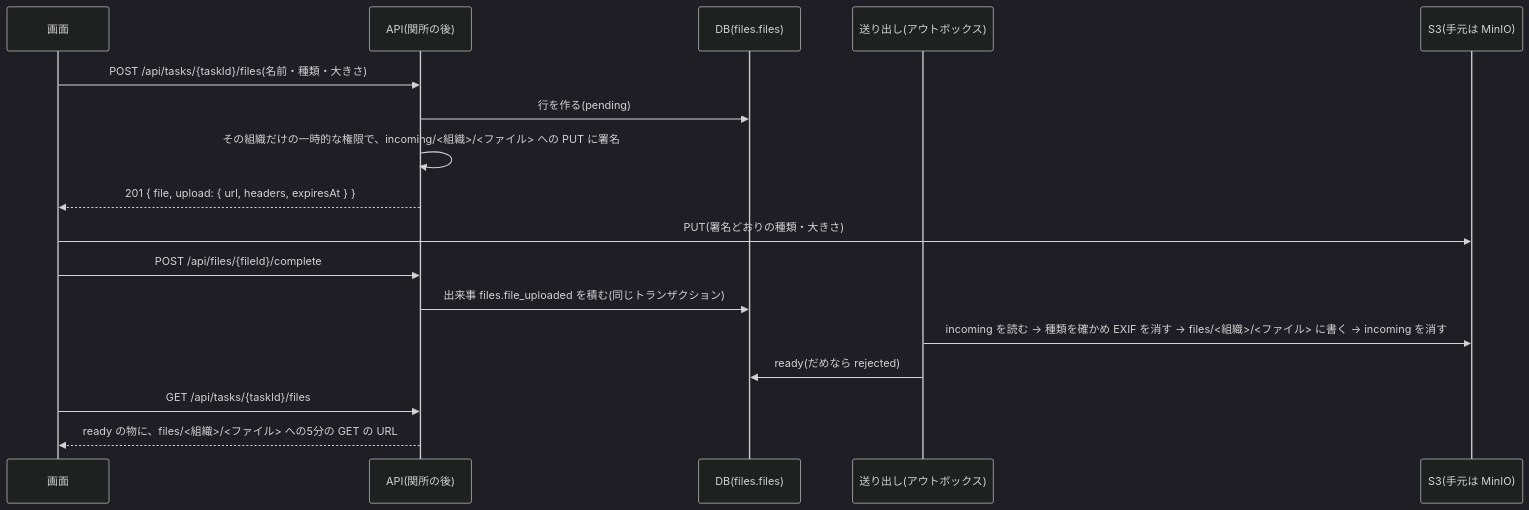
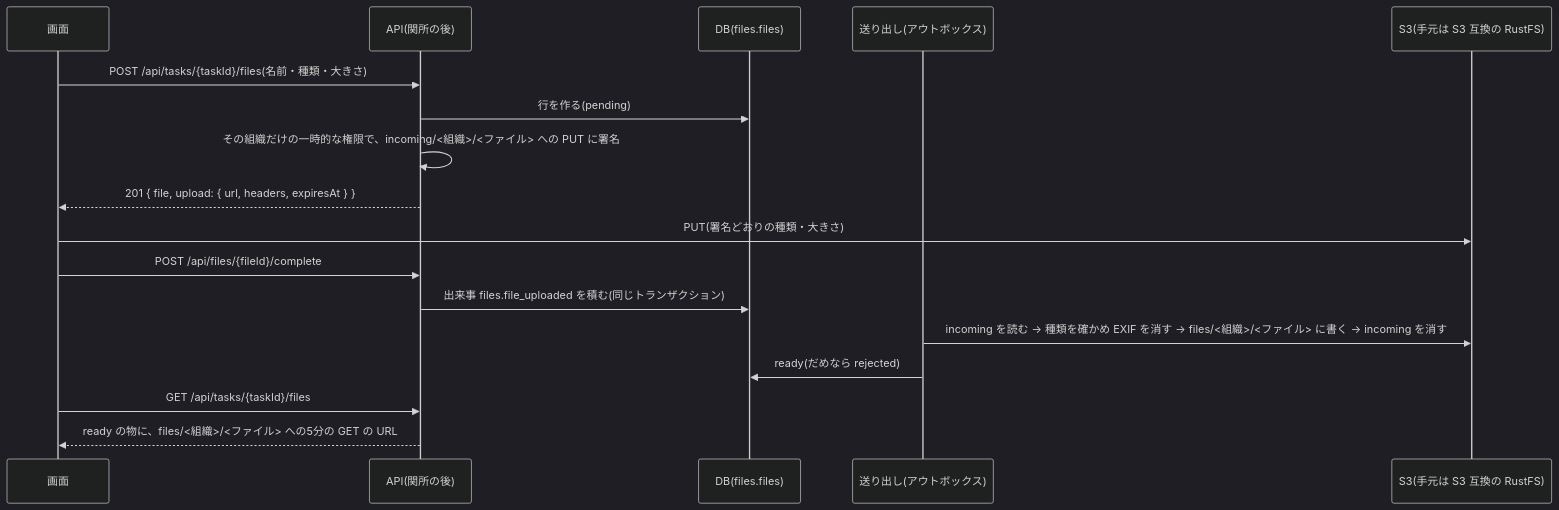
The diagram in docs/designs/0072-file-storage.md (attumkwg/software-factory-starter), drawn with Mermaid (dark theme) before and after one commit. The commit also changed other lines of this file and 55 other files, not shown here.

````diff
--- a/docs/designs/0072-file-storage.md
+++ b/docs/designs/0072-file-storage.md
@@ -12,19 +12,19 @@
 ```mermaid
 sequenceDiagram
   participant W as 画面
   participant A as API(関所の後)
   participant D as DB(files.files)
   participant O as 送り出し(アウトボックス)
-  participant S as S3(手元は MinIO)
+  participant S as S3(手元は S3 互換の RustFS)
   W->>A: POST /api/tasks/{taskId}/files(名前・種類・大きさ)
   A->>D: 行を作る(pending)
   A->>A: その組織だけの一時的な権限で、incoming/<組織>/<ファイル> への PUT に署名
   A-->>W: 201 { file, upload: { url, headers, expiresAt } }
   W->>S: PUT(署名どおりの種類・大きさ)
   W->>A: POST /api/files/{fileId}/complete
   A->>D: 出来事 files.file_uploaded を積む(同じトランザクション)
   O->>S: incoming を読む → 種類を確かめ EXIF を消す → files/<組織>/<ファイル> に書く → incoming を消す
   O->>D: ready(だめなら rejected)
   W->>A: GET /api/tasks/{taskId}/files
   A-->>W: ready の物に、files/<組織>/<ファイル> への5分の GET の URL
 ```
````
